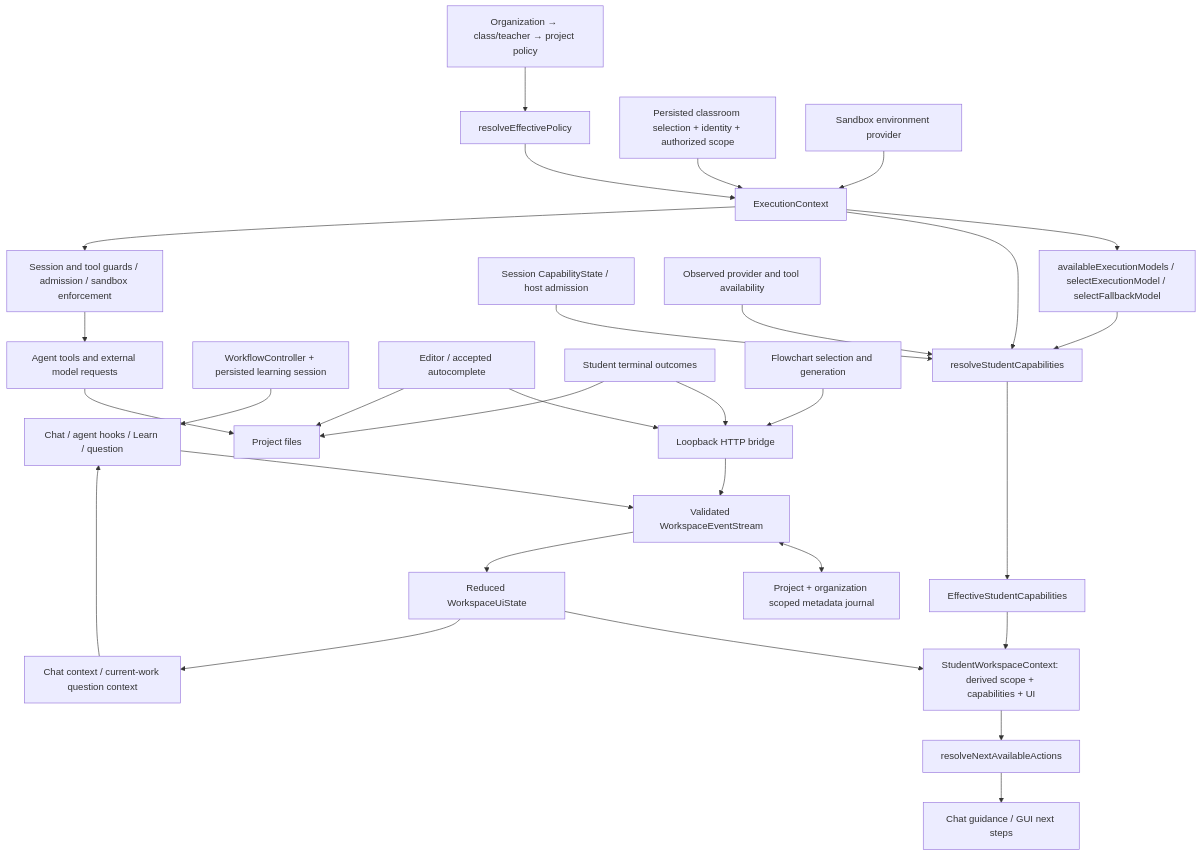
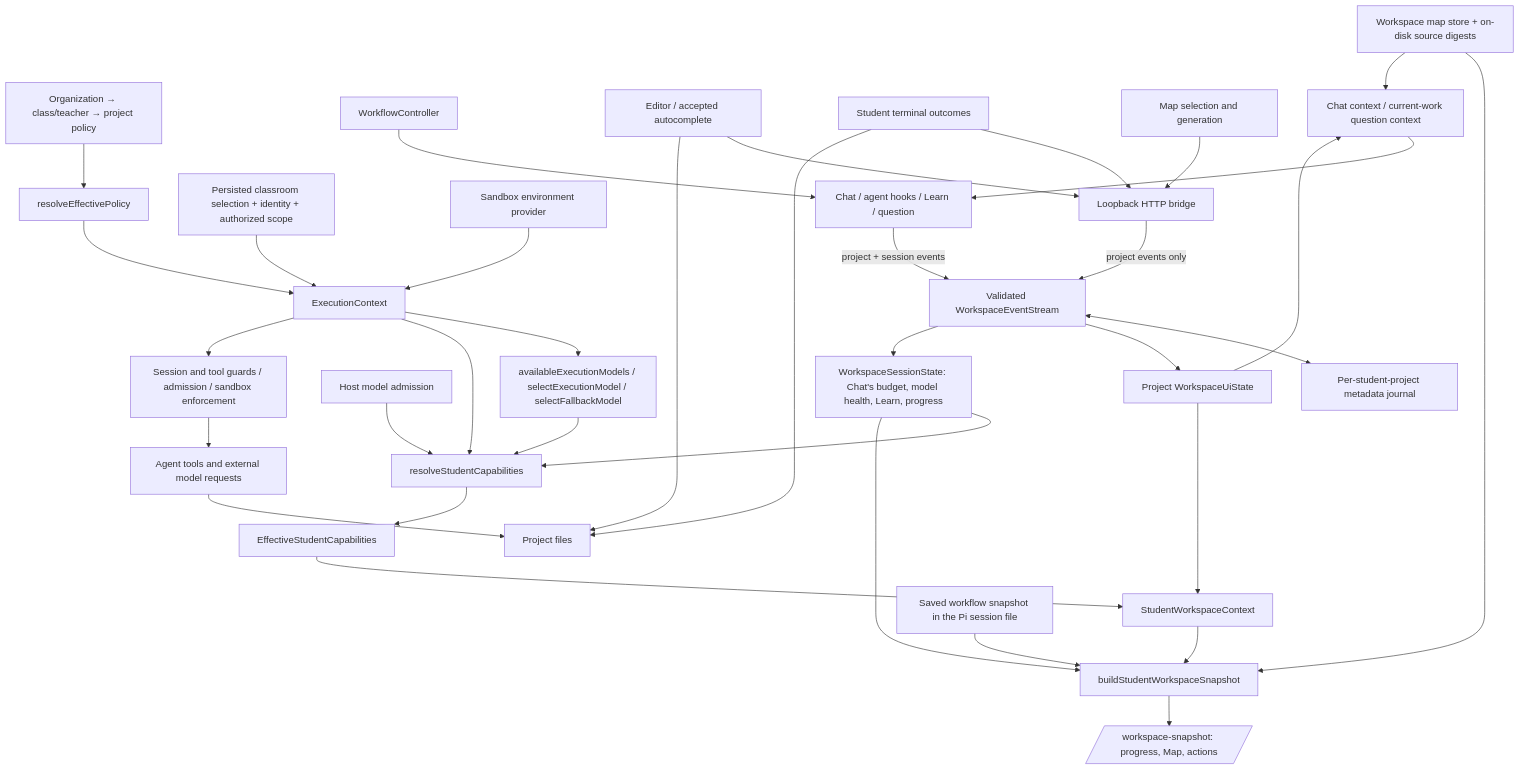
One commit to micho8cho93/pi-student changed the diagram in docs/student-workspace-architecture.md. Above: the diagram before and after it, drawn with Mermaid. The commit also changed other lines of this file and 36 other files, not shown here.

````diff
--- a/docs/student-workspace-architecture.md
+++ b/docs/student-workspace-architecture.md
@@ -5,34 +5,39 @@
 ```mermaid
 flowchart TD
     Policy[Organization → class/teacher → project policy] --> Resolve[resolveEffectivePolicy]
     Selection[Persisted classroom selection + identity + authorized scope] --> Execution[ExecutionContext]
     Resolve --> Execution
     Environment[Sandbox environment provider] --> Execution
     Execution --> Models[availableExecutionModels / selectExecutionModel / selectFallbackModel]
     Execution --> Capabilities[resolveStudentCapabilities]
     Models --> Capabilities
-    Budget[Session CapabilityState / host admission] --> Capabilities
-    Health[Observed provider and tool availability] --> Capabilities
+    Admission[Host model admission] --> Capabilities
+    Session[WorkspaceSessionState: Chat's budget, model health, Learn, progress] --> Capabilities
     Capabilities --> Effective[EffectiveStudentCapabilities]
-    Effective --> Workspace[StudentWorkspaceContext: derived scope + capabilities + UI]
-    Workspace --> Actions[resolveNextAvailableActions]
-    Actions --> Guidance[Chat guidance / GUI next steps]
+    Effective --> Workspace[StudentWorkspaceContext]
+    Workspace --> Snapshot[buildStudentWorkspaceSnapshot]
+    Session --> Snapshot
+    Saved[Saved workflow snapshot in the Pi session file] --> Snapshot
+    MapStore[Workspace map store + on-disk source digests] --> Snapshot
+    Snapshot --> GUI[/workspace-snapshot: progress, Map, actions/]
 
-    Controller[WorkflowController + persisted learning session] --> Chat[Chat / agent hooks / Learn / question]
-    Chat --> Events[Validated WorkspaceEventStream]
+    Controller[WorkflowController] --> Chat[Chat / agent hooks / Learn / question]
+    Chat -->|project + session events| Events[Validated WorkspaceEventStream]
     Editor[Editor / accepted autocomplete] --> Bridge[Loopback HTTP bridge]
     Terminal[Student terminal outcomes] --> Bridge
-    Map[Flowchart selection and generation] --> Bridge
-    Bridge --> Events
-    Events <--> Journal[Project + organization scoped metadata journal]
-    Events --> UI[Reduced WorkspaceUiState]
+    Map[Map selection and generation] --> Bridge
+    Bridge -->|project events only| Events
+    Events <--> Journal[Per-student-project metadata journal]
+    Events --> UI[Project WorkspaceUiState]
+    Events --> Session
     UI --> Workspace
-    UI --> Context[Chat context / current-work question context]
+    MapStore --> Context[Chat context / current-work question context]
+    UI --> Context
     Context --> Chat
 
     Execution --> Guards[Session and tool guards / admission / sandbox enforcement]
     Guards --> Agent[Agent tools and external model requests]
     Editor --> Files[Project files]
     Terminal --> Files
     Agent --> Files
 ```
````
